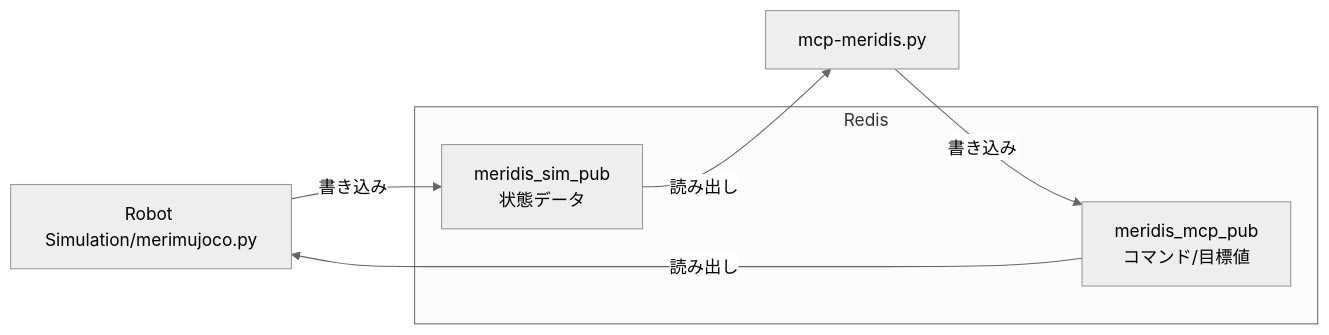
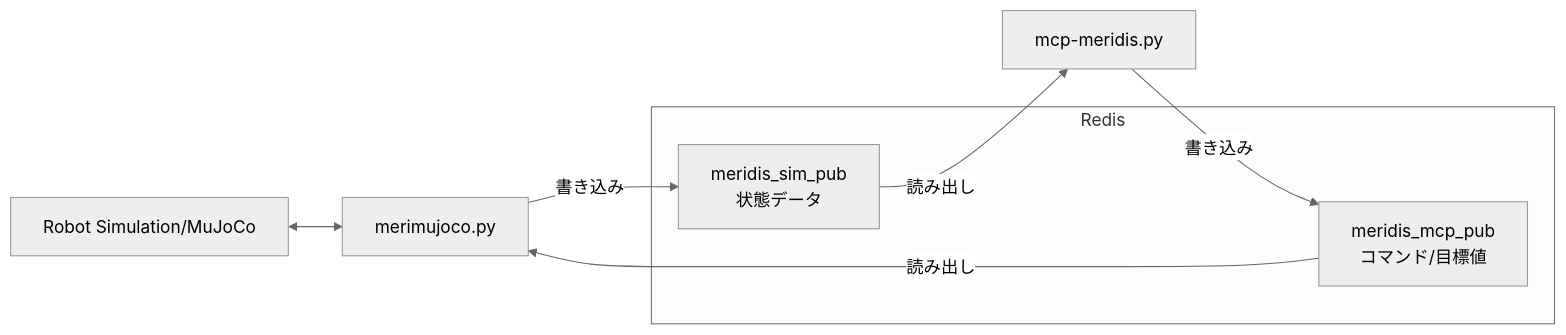
Before and after one commit to holypong/mcp-meridis: the first of 2 diagrams in README.md, drawn with Mermaid (neutral theme). The commit also changed other lines of this file, not shown here.

Commit message:
feat: README.mdとSPEC_MCP.mdのフローチャートを更新
README.mdでは、ロボットシミュレーションの表記を修正し、マネージャーの役割を明確にしました。SPEC_MCP.mdでは、シミュレーターとマネージャーの関係を修正し、フローチャートの可読性を向上させました。

````diff
--- a/README.md
+++ b/README.md
@@ -134,13 +134,15 @@
 ```mermaid
 flowchart LR
-  Robot[Robot Simulation/merimujoco.py]
+  Robot[Robot Simulation/MuJoCo]
+  Manager[merimujoco.py]
   Server[mcp-meridis.py]
   subgraph Redis
     ReadKey[meridis_sim_pub<br/>状態データ]
     WriteKey[meridis_mcp_pub<br/>コマンド/目標値]
   end
-  Robot -- 書き込み --> ReadKey
+  Robot <--> Manager
+  Manager -- 書き込み --> ReadKey
   ReadKey -- 読み出し --> Server
   Server -- 書き込み --> WriteKey
-  WriteKey -- 読み出し --> Robot
+  WriteKey -- 読み出し --> Manager
 ```
````
